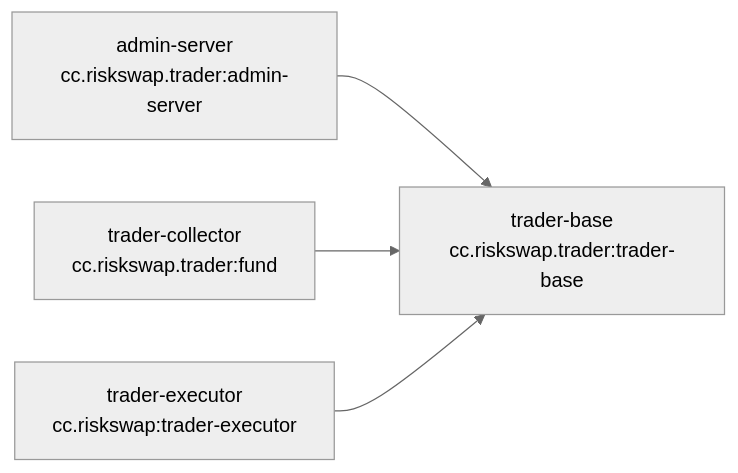
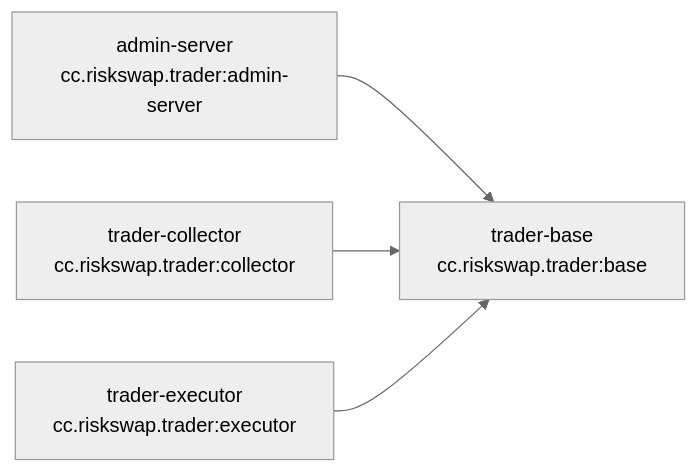
Before and after one commit to risxswap/trader: the first of 2 diagrams in trader-docs/architecture/02-Dependency-Graph.md, drawn with Mermaid (neutral theme). The commit also changed other lines of this file and 15 other files, not shown here.

````diff
--- a/trader-docs/architecture/02-Dependency-Graph.md
+++ b/trader-docs/architecture/02-Dependency-Graph.md
@@ -5,12 +5,12 @@
 ```mermaid
 flowchart LR
-  BASE[trader-base<br/>cc.riskswap.trader:trader-base]
+  BASE[trader-base<br/>cc.riskswap.trader:base]
 
   ADMIN[admin-server<br/>cc.riskswap.trader:admin-server]
-  COLLECTOR[trader-collector<br/>cc.riskswap.trader:fund]
-  EXECUTOR[trader-executor<br/>cc.riskswap:trader-executor]
+  COLLECTOR[trader-collector<br/>cc.riskswap.trader:collector]
+  EXECUTOR[trader-executor<br/>cc.riskswap.trader:executor]
 
   ADMIN --> BASE
   COLLECTOR --> BASE
   EXECUTOR --> BASE
 ```
````
